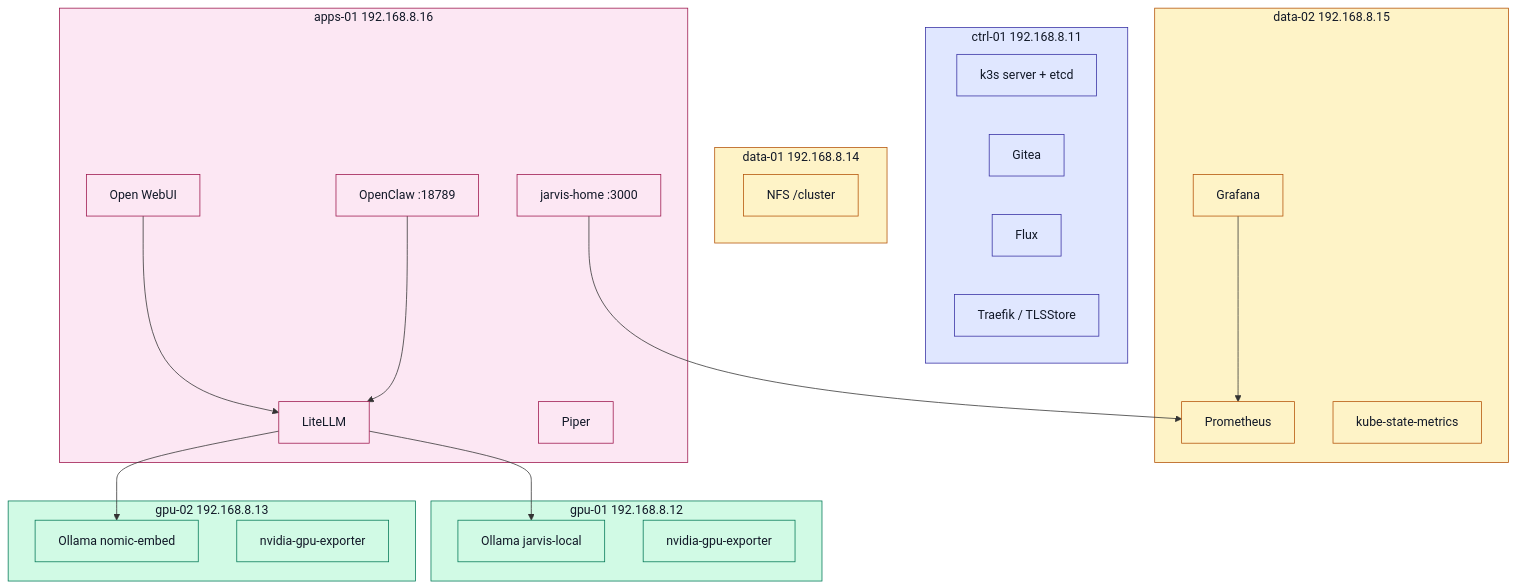
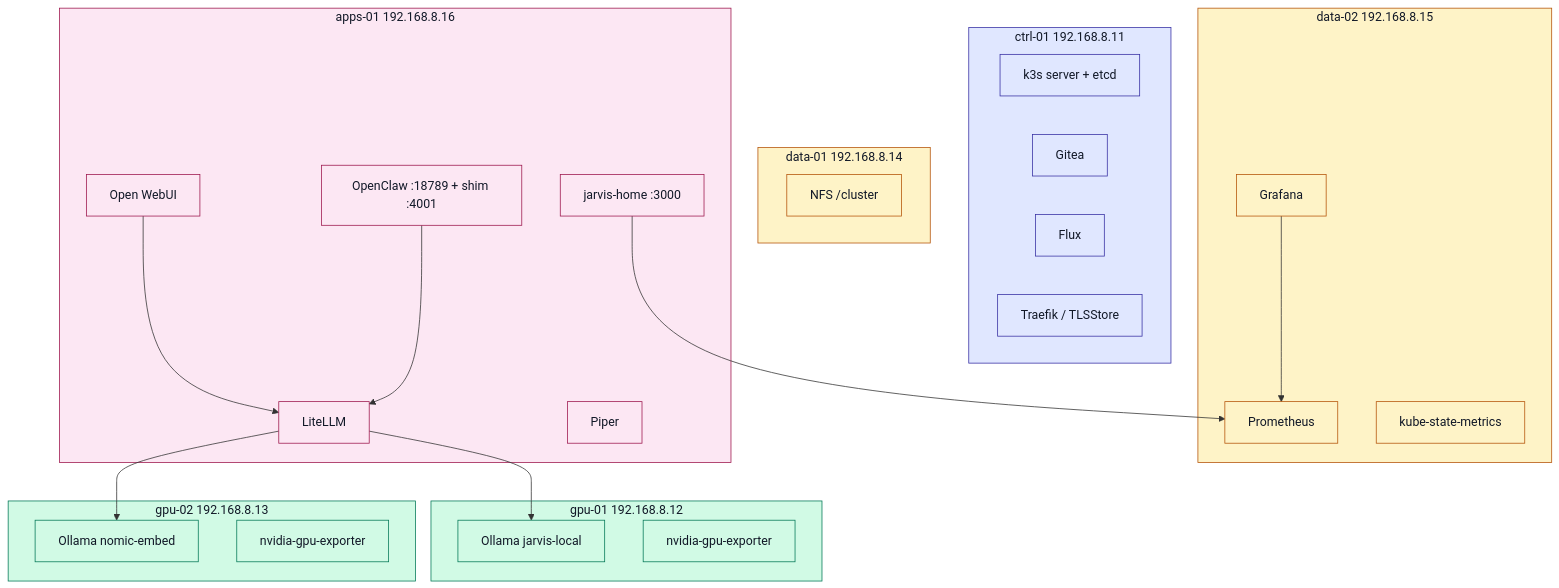
One commit to gordoncooper/jarvis-cluster changed the fourth of 8 diagrams in README.md. Above: the diagram before and after it, drawn with Mermaid. The commit also changed other lines of this file, not shown here.

````diff
--- a/README.md
+++ b/README.md
@@ -93,48 +104,48 @@
 ```mermaid
 flowchart TB
   classDef ctrl fill:#e0e7ff,stroke:#3730a3,color:#111827
   classDef gpu fill:#d1fae5,stroke:#047857,color:#111827
   classDef store fill:#fef3c7,stroke:#b45309,color:#111827
   classDef apps fill:#fce7f3,stroke:#9d174d,color:#111827
 
   subgraph nctrl["ctrl-01  192.168.8.11"]
     k3s["k3s server + etcd"]
     giteaN["Gitea"]
     flux["Flux"]
     traefik["Traefik / TLSStore"]
   end
   subgraph ngpu1["gpu-01  192.168.8.12"]
     ollama["Ollama jarvis-local"]
     gex1["nvidia-gpu-exporter"]
   end
   subgraph ngpu2["gpu-02  192.168.8.13"]
     embed["Ollama nomic-embed"]
     gex2["nvidia-gpu-exporter"]
   end
   subgraph ndata1["data-01  192.168.8.14"]
     nfs["NFS /cluster"]
   end
   subgraph ndata2["data-02  192.168.8.15"]
     prom["Prometheus"]
     graf["Grafana"]
     ksm["kube-state-metrics"]
   end
   subgraph napps["apps-01  192.168.8.16"]
     webui["Open WebUI"]
     litellm["LiteLLM"]
     piper["Piper"]
-    claw["OpenClaw :18789"]
+    claw["OpenClaw :18789 + shim :4001"]
     home["jarvis-home :3000"]
   end
   webui --> litellm
   claw --> litellm
   litellm --> ollama
   litellm --> embed
   home --> prom
   graf --> prom
 
   class nctrl,k3s,giteaN,flux,traefik ctrl
   class ngpu1,ngpu2,ollama,embed,gex1,gex2 gpu
   class ndata1,ndata2,nfs,prom,graf,ksm store
   class napps,webui,litellm,piper,claw,home apps
 ```
````
